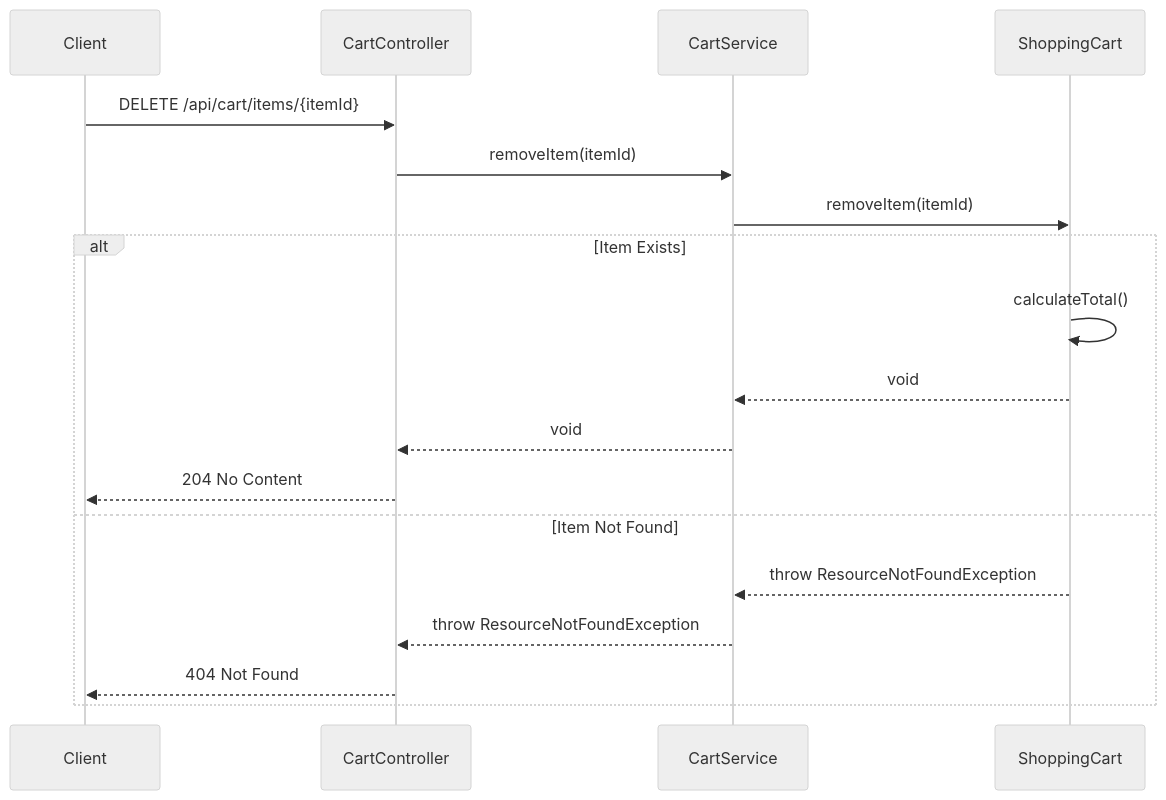
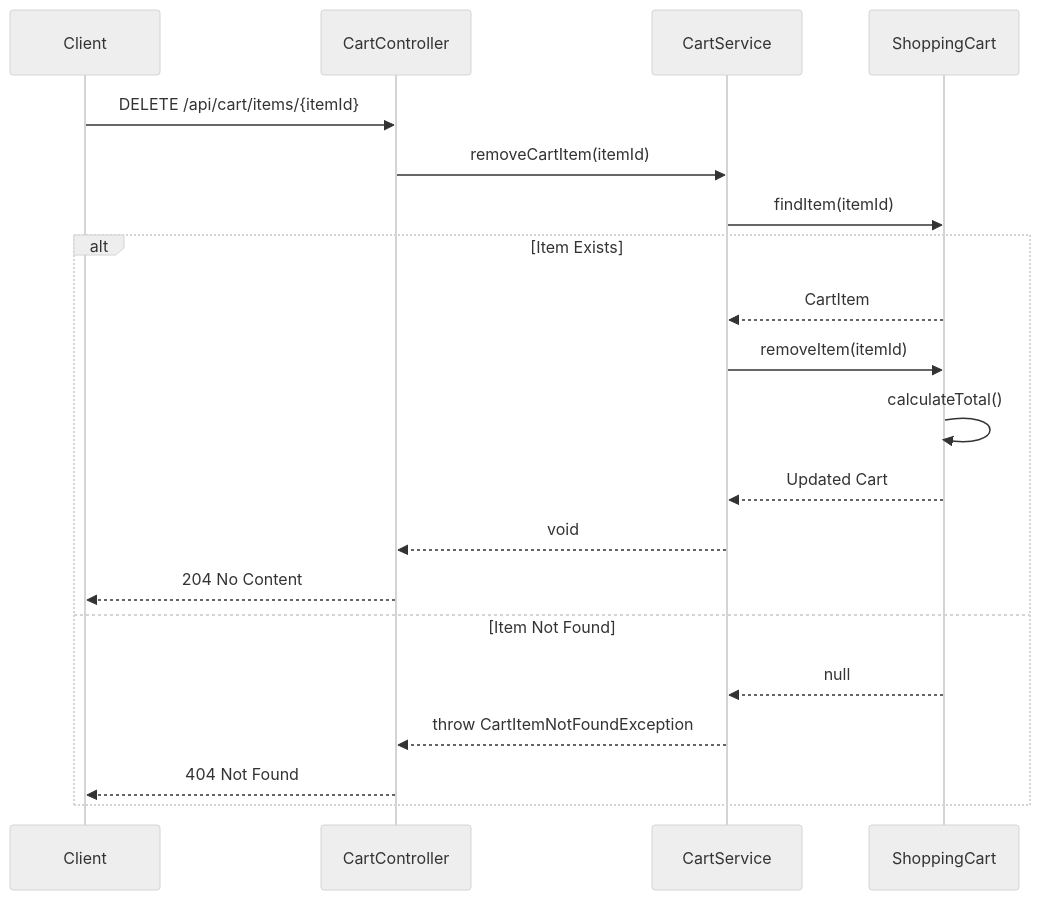
Diagram 13 of 13 in docs/LLD/lld.md (NavneetBN47/aava-ecom-demo), drawn with Mermaid (neutral theme) before and after one commit. The commit also changed other lines of this file, not shown here.

````diff
--- a/docs/LLD/lld.md
+++ b/docs/LLD/lld.md
@@ -483,22 +572,24 @@
 ```mermaid
 sequenceDiagram
     participant Client
     participant CartController
     participant CartService
     participant ShoppingCart
 
     Client->>CartController: DELETE /api/cart/items/{itemId}
-    CartController->>CartService: removeItem(itemId)
-    CartService->>ShoppingCart: removeItem(itemId)
+    CartController->>CartService: removeCartItem(itemId)
+    CartService->>ShoppingCart: findItem(itemId)
     
     alt Item Exists
+        ShoppingCart-->>CartService: CartItem
+        CartService->>ShoppingCart: removeItem(itemId)
         ShoppingCart->>ShoppingCart: calculateTotal()
-        ShoppingCart-->>CartService: void
+        ShoppingCart-->>CartService: Updated Cart
         CartService-->>CartController: void
         CartController-->>Client: 204 No Content
     else Item Not Found
-        ShoppingCart-->>CartService: throw ResourceNotFoundException
-        CartService-->>CartController: throw ResourceNotFoundException
+        ShoppingCart-->>CartService: null
+        CartService-->>CartController: throw CartItemNotFoundException
         CartController-->>Client: 404 Not Found
     end
 ```
````
